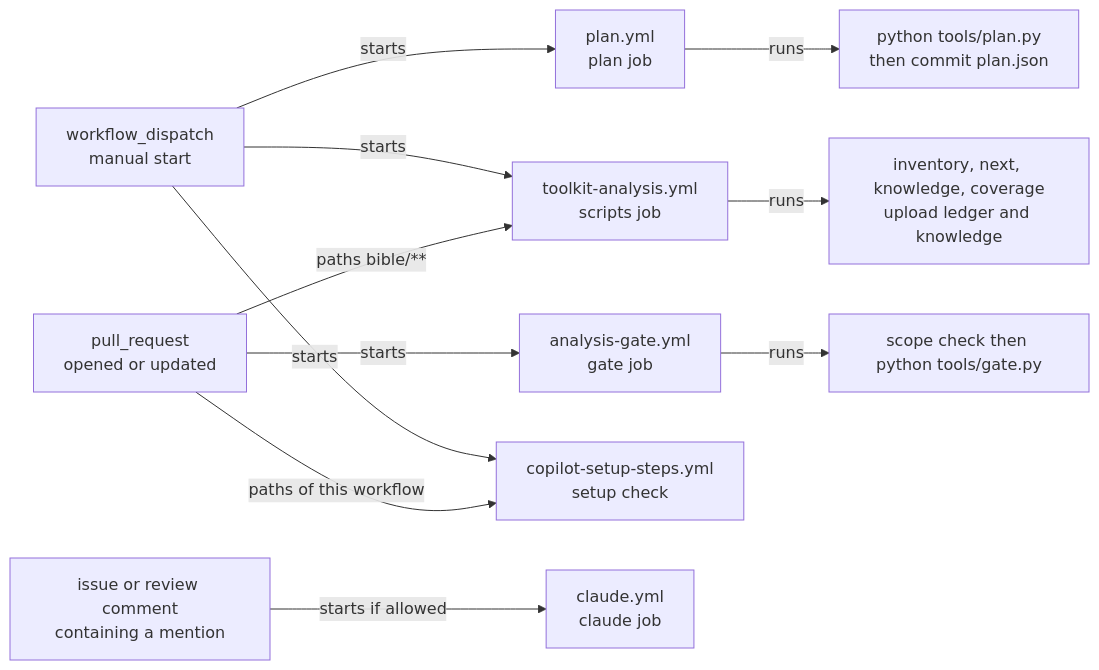
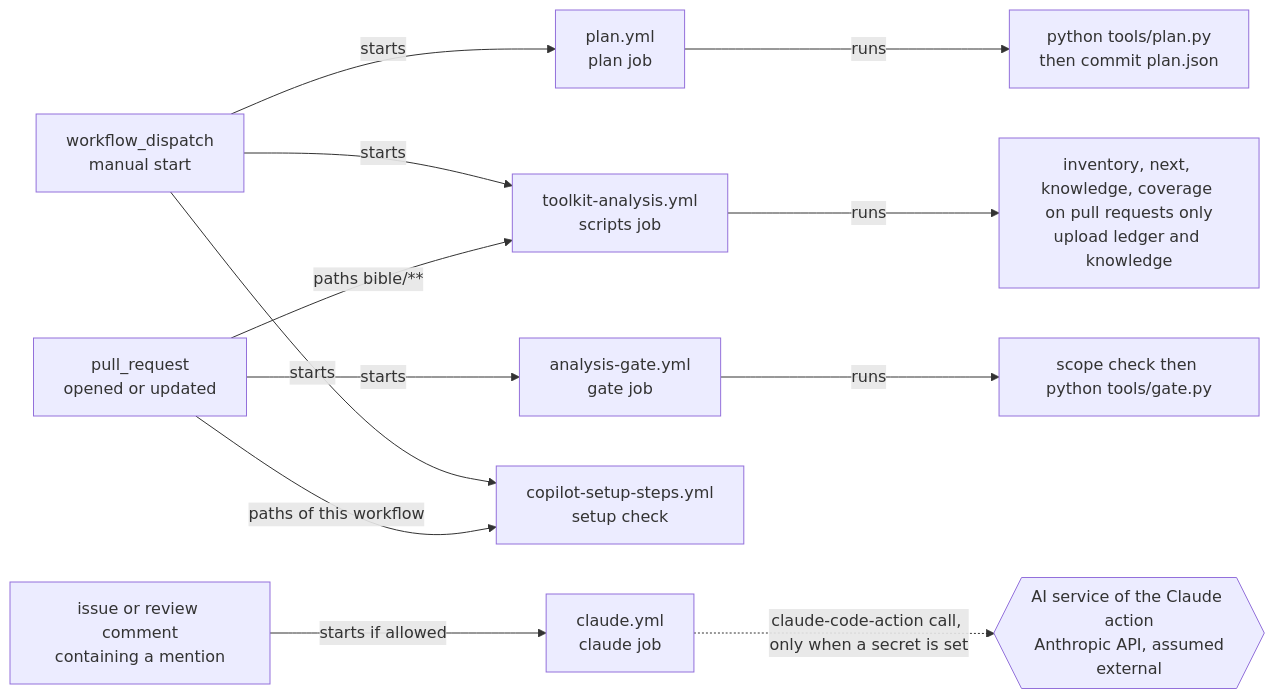
The second of 2 diagrams in bible/hld/02-architecture.md (vishalc412/copilot-fanout-lab), drawn with Mermaid before and after one commit. The commit also changed other lines of this file and 30 other files, not shown here.

````diff
--- a/bible/hld/02-architecture.md
+++ b/bible/hld/02-architecture.md
@@ -72,24 +78,26 @@
 ```mermaid
 flowchart LR
   dispatch["workflow_dispatch<br/>manual start"]
   pr["pull_request<br/>opened or updated"]
   comment["issue or review comment<br/>containing a mention"]
   planw["plan.yml<br/>plan job"]
   gatew["analysis-gate.yml<br/>gate job"]
   toolkitw["toolkit-analysis.yml<br/>scripts job"]
   setupw["copilot-setup-steps.yml<br/>setup check"]
   claudew["claude.yml<br/>claude job"]
+  aiservice{{"AI service of the Claude action<br/>Anthropic API, assumed<br/>external"}}
   plango["python tools/plan.py<br/>then commit plan.json"]
   gatego["scope check then python tools/gate.py"]
-  toolkitgo["inventory, next, knowledge, coverage<br/>upload ledger and knowledge"]
+  toolkitgo["inventory, next, knowledge, coverage on pull requests only<br/>upload ledger and knowledge"]
   dispatch -->|"starts"| planw
   dispatch -->|"starts"| toolkitw
   dispatch -->|"starts"| setupw
   pr -->|"starts"| gatew
   pr -->|"paths bible/**"| toolkitw
   pr -->|"paths of this workflow"| setupw
   comment -->|"starts if allowed"| claudew
+  claudew -.->|"claude-code-action call, only when a secret is set"| aiservice
   planw -->|"runs"| plango
   gatew -->|"runs"| gatego
   toolkitw -->|"runs"| toolkitgo
 ```
````
